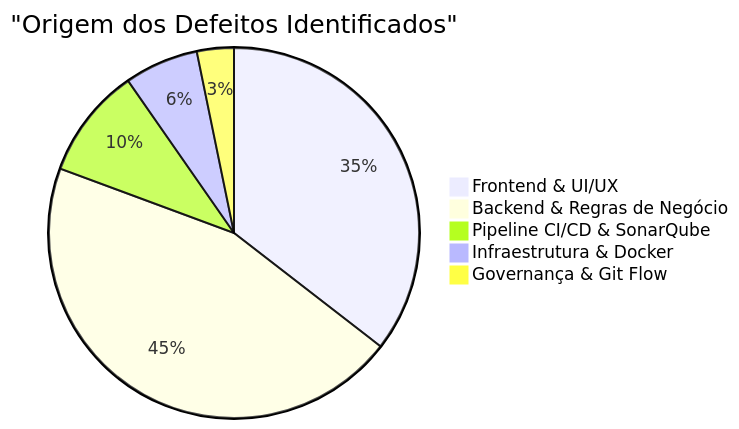
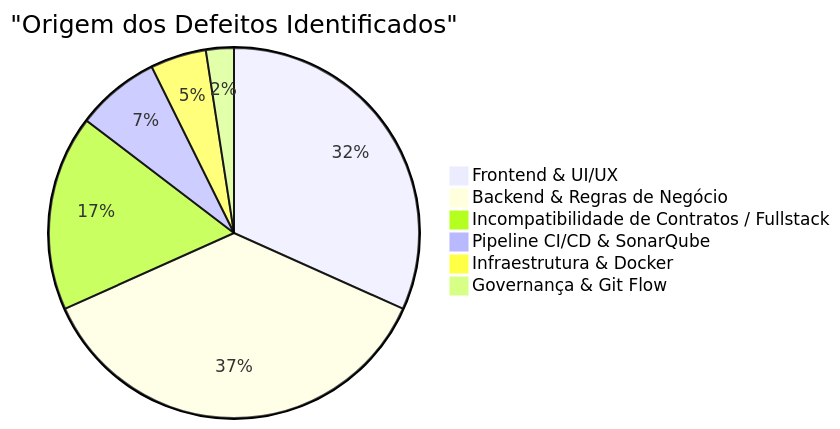
One commit to ADS-IFPB-SR/alumigest changed the diagram in docs/projeto-001/003-teste/RBD-Registro_de_Bugs_e_Defeitos.md. Above: the diagram before and after it, drawn with Mermaid. The commit also changed other lines of this file and 6 other files, not shown here.

````diff
--- a/docs/projeto-001/003-teste/RBD-Registro_de_Bugs_e_Defeitos.md
+++ b/docs/projeto-001/003-teste/RBD-Registro_de_Bugs_e_Defeitos.md
@@ -1132,8 +1298,9 @@
 ```mermaid
 pie title "Origem dos Defeitos Identificados"
-    "Frontend & UI/UX" : 11
-    "Backend & Regras de Negócio" : 14
+    "Frontend & UI/UX" : 13
+    "Backend & Regras de Negócio" : 15
+    "Incompatibilidade de Contratos / Fullstack" : 7
     "Pipeline CI/CD & SonarQube" : 3
     "Infraestrutura & Docker" : 2
     "Governança & Git Flow" : 1
 ```
````
